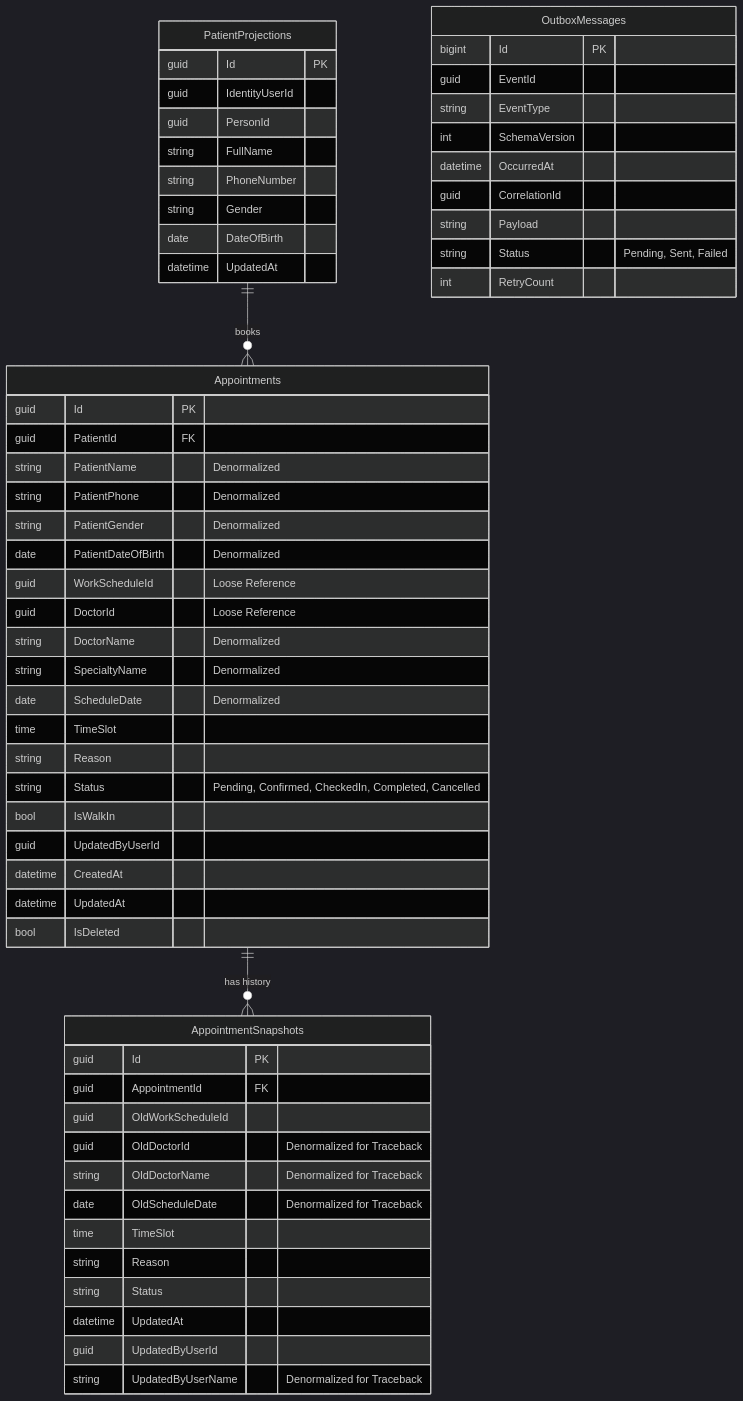
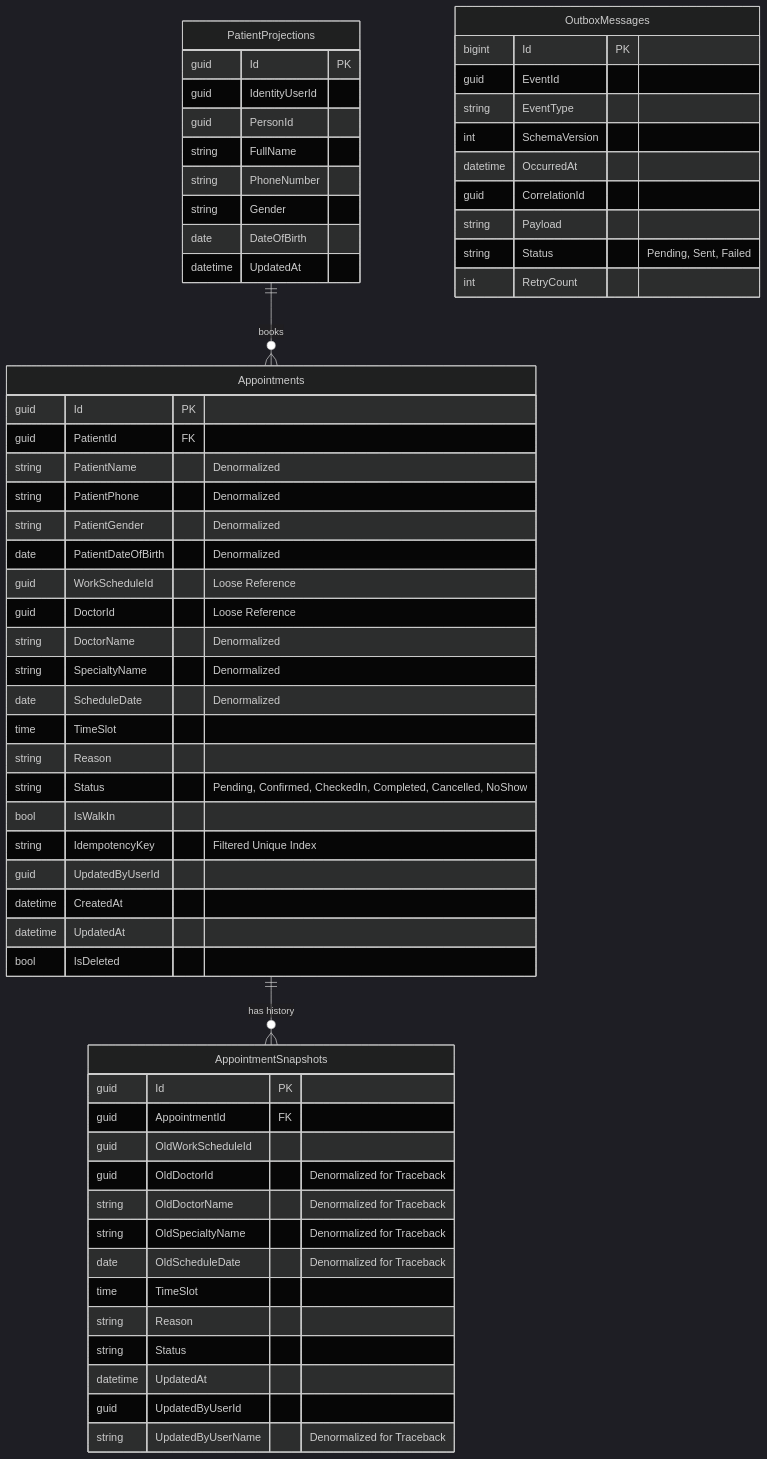
The second of 6 diagrams in tasks/PHASE_3_APPOINTMENT_SERVICE_EXECUTION_PLAN_MEMBER_A.md (Cuong190105/Clinic_Appointment_Booking_Queue_Management_System), drawn with Mermaid (dark theme) before and after one commit. The commit also changed other lines of this file and 1 other file, not shown here.

````diff
--- a/tasks/PHASE_3_APPOINTMENT_SERVICE_EXECUTION_PLAN_MEMBER_A.md
+++ b/tasks/PHASE_3_APPOINTMENT_SERVICE_EXECUTION_PLAN_MEMBER_A.md
@@ -114,65 +114,67 @@
 ```mermaid
 erDiagram
     Appointments ||--o{ AppointmentSnapshots : "has history"
     PatientProjections ||--o{ Appointments : "books"
 
     Appointments {
         guid Id PK
         guid PatientId FK
         string PatientName "Denormalized"
         string PatientPhone "Denormalized"
         string PatientGender "Denormalized"
         date PatientDateOfBirth "Denormalized"
         guid WorkScheduleId "Loose Reference"
         guid DoctorId "Loose Reference"
         string DoctorName "Denormalized"
         string SpecialtyName "Denormalized"
         date ScheduleDate "Denormalized"
         time TimeSlot
         string Reason
-        string Status "Pending, Confirmed, CheckedIn, Completed, Cancelled"
+        string Status "Pending, Confirmed, CheckedIn, Completed, Cancelled, NoShow"
         bool IsWalkIn
+        string IdempotencyKey "Filtered Unique Index"
         guid UpdatedByUserId
         datetime CreatedAt
         datetime UpdatedAt
         bool IsDeleted
     }
 
     AppointmentSnapshots {
         guid Id PK
         guid AppointmentId FK
         guid OldWorkScheduleId
         guid OldDoctorId "Denormalized for Traceback"
         string OldDoctorName "Denormalized for Traceback"
+        string OldSpecialtyName "Denormalized for Traceback"
         date OldScheduleDate "Denormalized for Traceback"
         time TimeSlot
         string Reason
         string Status
         datetime UpdatedAt
         guid UpdatedByUserId
         string UpdatedByUserName "Denormalized for Traceback"
     }
 
     PatientProjections {
         guid Id PK
         guid IdentityUserId
         guid PersonId
         string FullName
         string PhoneNumber
         string Gender
         date DateOfBirth
         datetime UpdatedAt
     }
 
     OutboxMessages {
         bigint Id PK
         guid EventId
         string EventType
         int SchemaVersion
         datetime OccurredAt
         guid CorrelationId
         string Payload
         string Status "Pending, Sent, Failed"
         int RetryCount
     }
 ```
````
